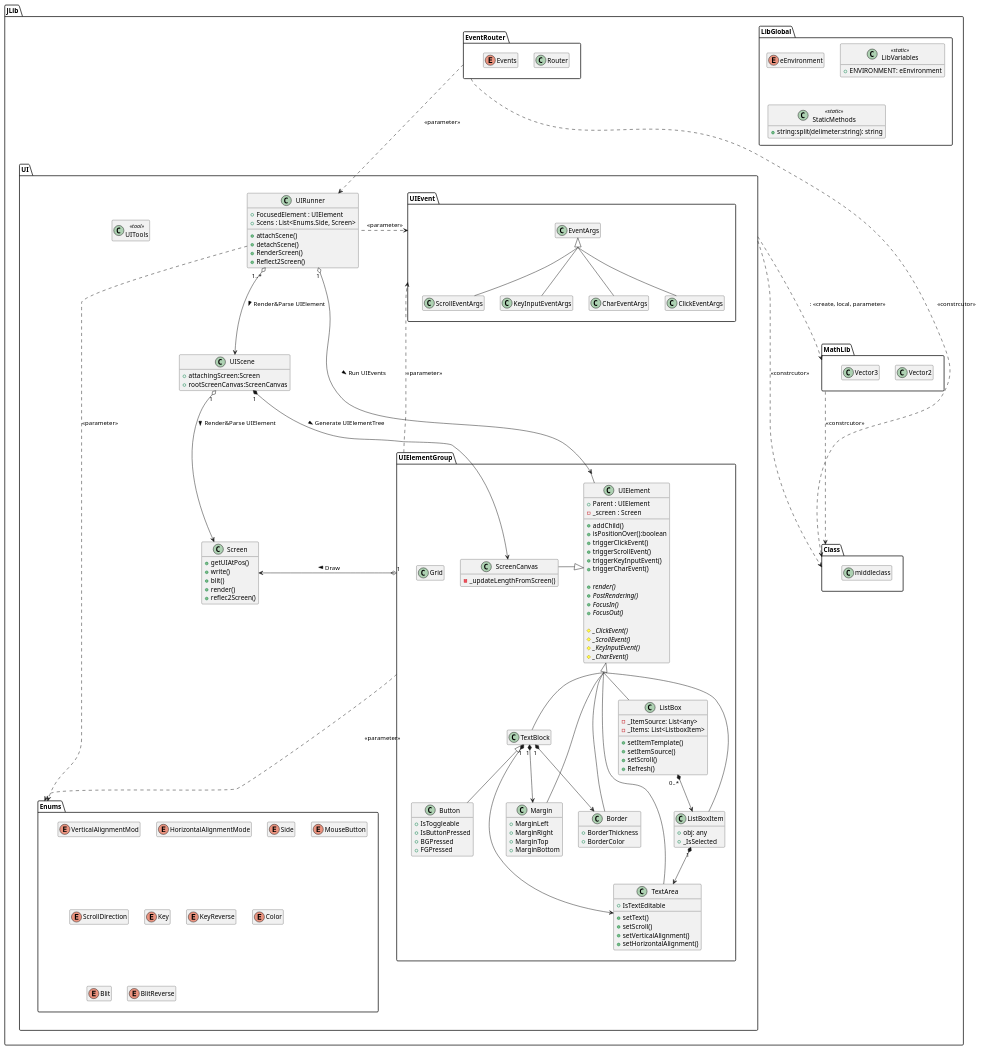
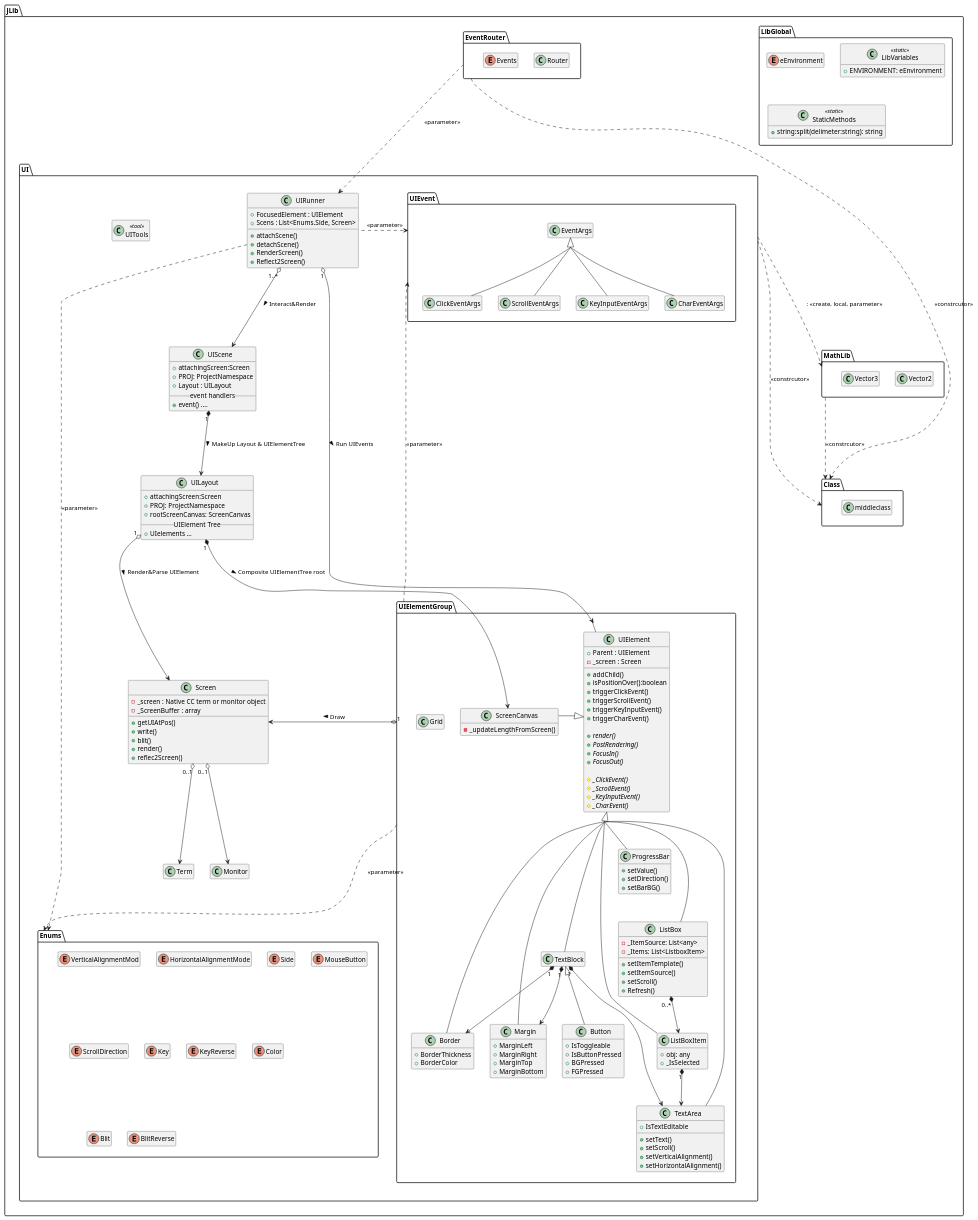
Before and after one commit to lightAxis/CC_JLib: the diagram in doc/UML/main.plantuml, drawn with PlantUML. The commit also changed 4 other files, not shown here.

Commit message:
add class diagram

```diff
--- a/doc/UML/main.plantuml
+++ b/doc/UML/main.plantuml
@@ -68,7 +68,17 @@
         }
         class UIScene{
             + attachingScreen:Screen
-            + rootScreenCanvas:ScreenCanvas
+            + PROJ: ProjectNamespace
+            + Layout : UILayout
+            __event handlers__
+            + event() ....
+        }
+        class UILayout{
+            + attachingScreen:Screen
+            + PROJ: ProjectNamespace
+            + rootScreenCanvas: ScreenCanvas
+            __UIElement Tree__
+            + UIelements ...
         }
         class UITools <<tool>>
         class Screen{
@@ -77,7 +87,11 @@
             + blit()
             + render()
             + reflec2Screen()
+            - _screen : Native CC term or monitor object
+            - _ScreenBuffer : array
         }
+        class Term
+        class Monitor
 
         package UIElementGroup{
             class UIElement{
@@ -142,6 +156,11 @@
                 + setHorizontalAlignment()
             }
             class TextBlock
+            class ProgressBar{
+                + setValue()
+                + setDirection()
+                + setBarBG()
+            }
         }
 
     }
@@ -156,12 +175,15 @@
 UI ...> MathLib :: <<create, local, parameter>>
 
 UIRunner "1" o--->  UIElement : Run UIEvents >
-UIRunner "1..*" o--->  UIScene :  Render&Parse UIElement > 
+UIRunner "1..*" o--->  UIScene :  Interact&Render > 
 UIRunner ...> Enums : <<parameter>>
 UIRunner ..left..> UIEvent : <<parameter>>
 
-UIScene "1" o--->  Screen : Render&Parse UIElement >
-UIScene "1" *--->  ScreenCanvas : Generate UIElementTree >
+
+UIScene "1" *---> UILayout : MakeUp Layout & UIElementTree >
+
+UILayout "1" o--->  Screen : Render&Parse UIElement >
+UILayout "1" *---> ScreenCanvas : Composite UIElementTree root >
 
 UIElementGroup ...> UIEvent : <<parameter>>
 UIElementGroup ...> Enums : <<parameter>>
@@ -172,8 +194,9 @@
 UIElement <|-- Margin
 UIElement <|-- Border
 UIElement <|-- TextArea
-UIElement <|-- TextBlock
-UIElement <|-- ListBox
+UIElement <|--- TextBlock
+UIElement <|--- ListBox
+UIElement <|-- ProgressBar
 
 TextBlock "1" *--> Border
 TextBlock "1" *--> Margin
@@ -184,6 +207,8 @@
 
 ListBoxItem "1" *--> TextArea
 
+Screen "0..1" o--> Term
+Screen "0..1" o--> Monitor
 
 
 
```
